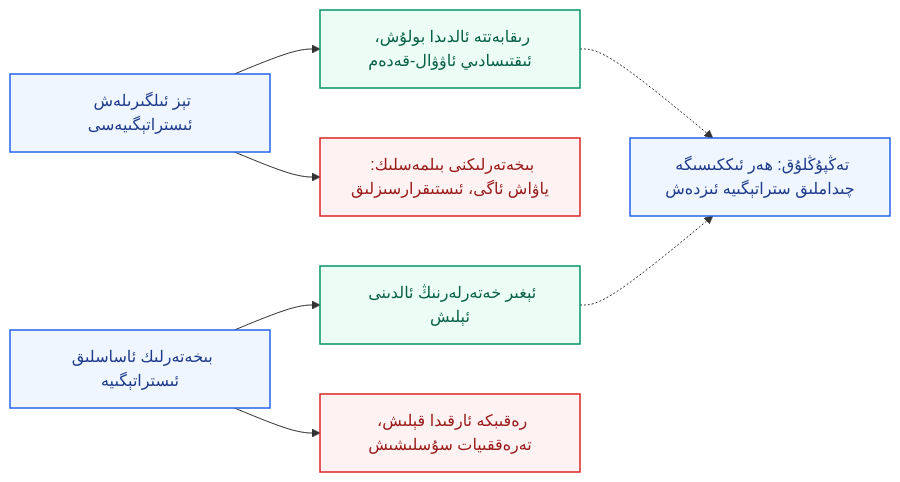
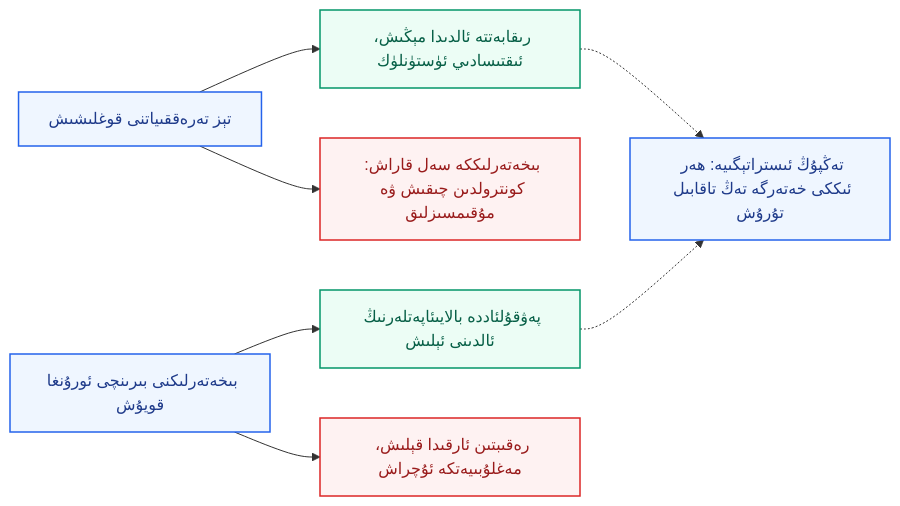
One commit to UyCoder/paydilar changed the second of 4 diagrams in _posts/2026-10-26-RAND-AGI-Geosiyaset-Besh-Qiyin-Mesile.md. Above: the diagram before and after it, drawn with Mermaid. The commit also changed other lines of this file and 1 other file, not shown here.

````diff
--- a/_posts/2026-10-26-RAND-AGI-Geosiyaset-Besh-Qiyin-Mesile.md
+++ b/_posts/2026-10-26-RAND-AGI-Geosiyaset-Besh-Qiyin-Mesile.md
@@ -140,13 +143,13 @@
 ```mermaid
 flowchart LR
     classDef a fill:#eff6ff,stroke:#2563eb,stroke-width:1.5px,color:#1e3a8a;
     classDef b fill:#fef2f2,stroke:#dc2626,stroke-width:1.5px,color:#991b1b;
     classDef c fill:#ecfdf5,stroke:#059669,stroke-width:1.5px,color:#065f46;
 
-    S1["تېز ئىلگىرىلەش ئىستراتېگىيەسى"]:::a --> G1["رىقابەتتە ئالدىدا بولۇش، ئىقتىسادىي ئاۋۋال-قەدەم"]:::c
-    S1 --> R1["بىخەتەرلىكنى بىلمەسلىك: ياۋاش ئاگى، ئىستىقرارسىزلىق"]:::b
-    S2["بىخەتەرلىك ئاساسلىق ئىستراتېگىيە"]:::a --> G2["ئېغىر خەتەرلەرنىڭ ئالدىنى ئېلىش"]:::c
-    S2 --> R2["رەقىبكە ئارقىدا قېلىش، تەرەققىيات سۇسلىشىش"]:::b
-    G1 -.-> T["تەڭپۇڭلۇق: ھەر ئىككىسىگە چىداملىق ستراتېگىيە ئىزدەش"]:::a
+    S1["تېز تەرەققىياتنى قوغلىشىش"]:::a --> G1["رىقابەتتە ئالدىدا مېڭىش، ئىقتىسادىي ئۈستۈنلۈك"]:::c
+    S1 --> R1["بىخەتەرلىككە سەل قاراش: كونترولدىن چىقىش ۋە مۇقىمسىزلىق"]:::b
+    S2["بىخەتەرلىكنى بىرىنچى ئورۇنغا قويۇش"]:::a --> G2["پەۋقۇلئاددە بالايىئاپەتلەرنىڭ ئالدىنى ئېلىش"]:::c
+    S2 --> R2["رەقىبتىن ئارقىدا قېلىش، مەغلۇبىيەتكە ئۇچراش"]:::b
+    G1 -.-> T["تەڭپۇڭ ئىستراتېگىيە: ھەر ئىككى خەتەرگە تەڭ تاقابىل تۇرۇش"]:::a
     G2 -.-> T
 ```
````
